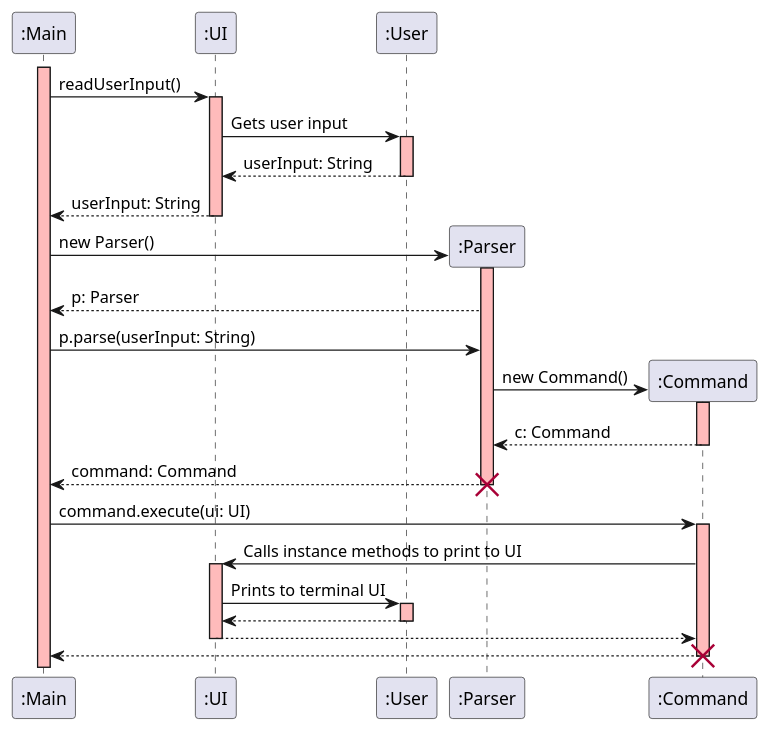
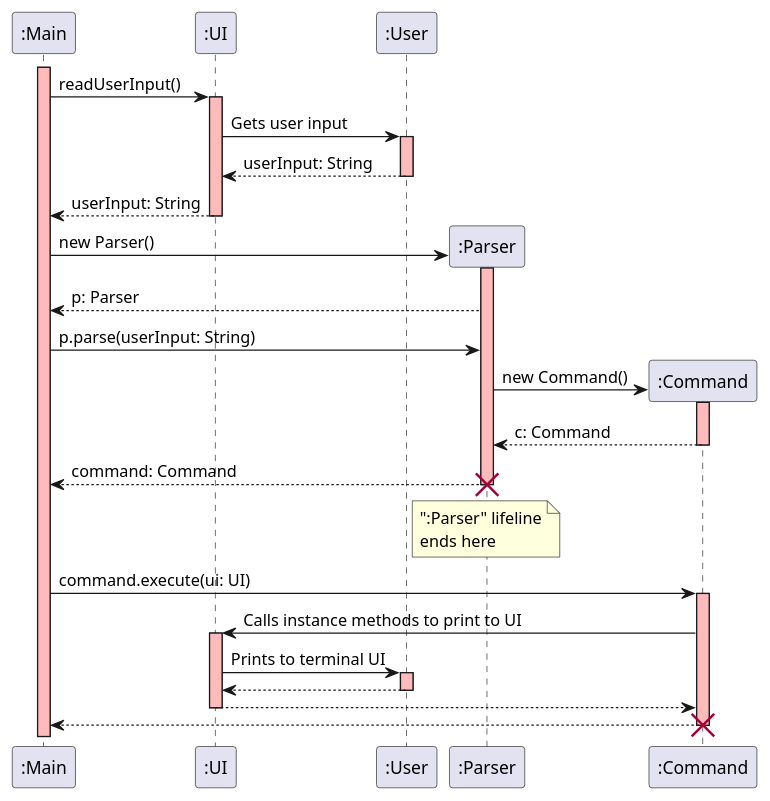
One commit to sRanay/tp changed the diagram in docs/diagrams/ui-sequence-diagram.puml. Above: the diagram before and after it, drawn with PlantUML. The commit also changed 2 other files, not shown here.

Commit message:
Add note about parser lifeline

```diff
--- a/docs/diagrams/ui-sequence-diagram.puml
+++ b/docs/diagrams/ui-sequence-diagram.puml
@@ -1,40 +1,41 @@
 @startuml
 activate ":Main" #FFBBBB
 ":Main" -> ":UI": readUserInput()
 activate ":UI" #FFBBBB
 
 
 ":UI" -> ":User": Gets user input
 activate ":User" #FFBBBB
 ":User" --> ":UI": userInput: String
 deactivate
 ":UI" --> ":Main": userInput: String
 deactivate
 
 create ":Parser"
 ":Main" -> ":Parser": new Parser()
 activate ":Parser" #FFBBBB
 ":Parser" --> ":Main": p: Parser
 
 ":Main" -> ":Parser": p.parse(userInput: String)
 create ":Command"
 ":Parser" -> ":Command": new Command()
 activate ":Command" #FFBBBB
 ":Command" --> ":Parser": c: Command
 deactivate
 ":Parser" --> ":Main": command: Command
 destroy ":Parser"
+note over ":Parser": ":Parser" lifeline\nends here
 
 ":Main" -> ":Command": command.execute(ui: UI)
 activate ":Command" #FFBBBB
 ":Command" -> ":UI": Calls instance methods to print to UI
 activate ":UI" #FFBBBB
 ":UI" -> ":User": Prints to terminal UI
 activate ":User" #FFBBBB
 ":User" --> ":UI"
 deactivate
 ":UI" --> ":Command"
 deactivate
 ":Command" --> ":Main"
 destroy ":Command"
 @enduml
```
